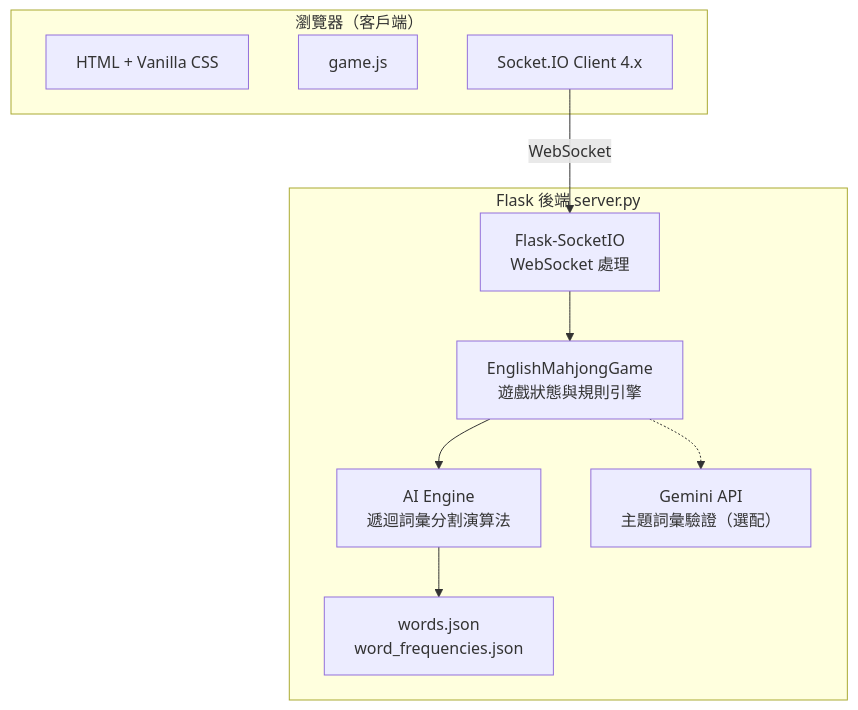
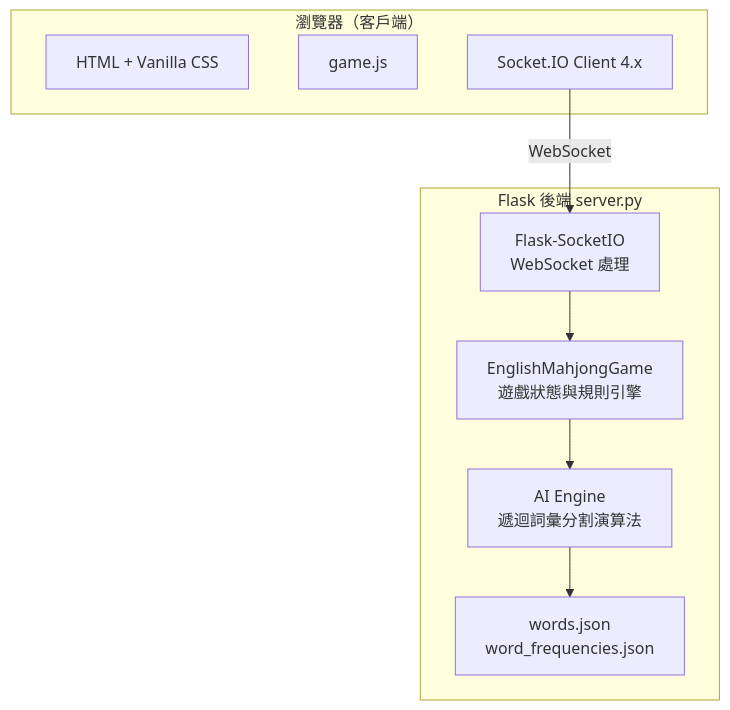
The first of 3 diagrams in README.md (redbacon0423/english-mahjohn), drawn with Mermaid before and after one commit. The commit also changed other lines of this file, not shown here.

Commit message:
docs: remove Gemini theme validation references from README

````diff
--- a/README.md
+++ b/README.md
@@ -46,22 +46,20 @@
 ```mermaid
 graph TD
     subgraph Client["瀏覽器（客戶端）"]
         HTML["HTML + Vanilla CSS"]
         JS["game.js"]
         SIOc["Socket.IO Client 4.x"]
     end
 
     subgraph Server["Flask 後端  server.py"]
         SIOd["Flask-SocketIO\nWebSocket 處理"]
         Game["EnglishMahjongGame\n遊戲狀態與規則引擎"]
         AI["AI Engine\n遞迴詞彙分割演算法"]
-        Gemini["Gemini API\n主題詞彙驗證（選配）"]
         Data["words.json\nword_frequencies.json"]
     end
 
     SIOc -- WebSocket --> SIOd
     SIOd --> Game
     Game --> AI
     AI --> Data
-    Game -.-> Gemini
 ```
````
